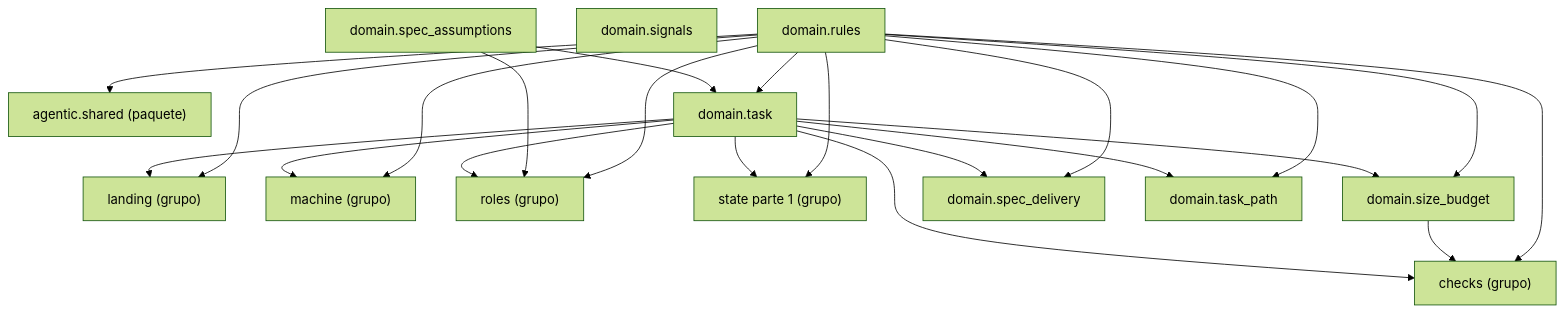
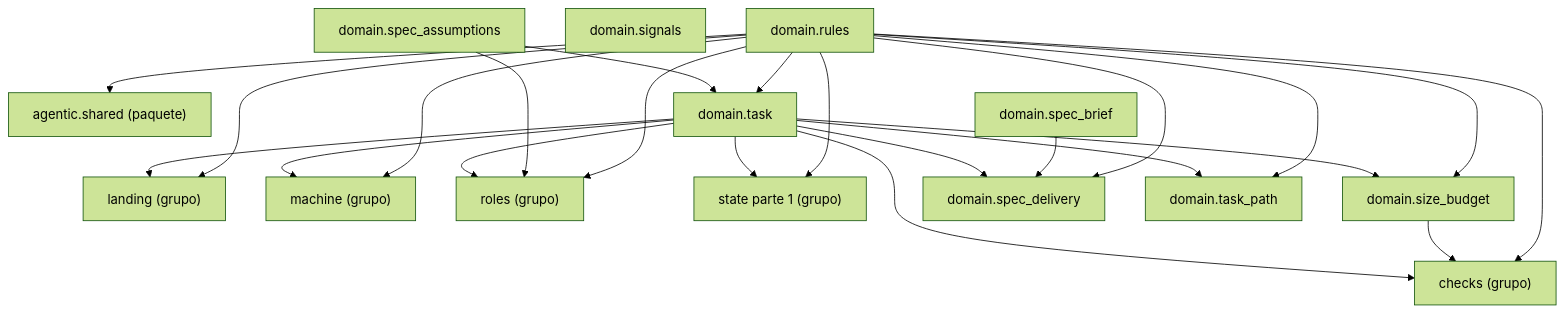
Before and after one commit to GonzaloZevallos/agentic-system: the diagram in docs/architecture/generated/packages-process-domain-state-2.md, drawn with Mermaid (forest theme). The commit also changed 1 other file, not shown here.

Commit message:
Place spec_brief in the state cluster and regenerate the architecture page

````diff
--- a/docs/architecture/generated/packages-process-domain-state-2.md
+++ b/docs/architecture/generated/packages-process-domain-state-2.md
@@ -12,37 +12,39 @@
 ```mermaid
 graph TD
     g_domain__checks["checks (grupo)"]
     g_domain__landing["landing (grupo)"]
     g_domain__machine["machine (grupo)"]
     g_domain__roles["roles (grupo)"]
     g_domain__state__1["state parte 1 (grupo)"]
     g_pkg__agentic__shared["agentic.shared (paquete)"]
     m_domain__rules["domain.rules"]
     m_domain__signals["domain.signals"]
     m_domain__size_budget["domain.size_budget"]
     m_domain__spec_assumptions["domain.spec_assumptions"]
+    m_domain__spec_brief["domain.spec_brief"]
     m_domain__spec_delivery["domain.spec_delivery"]
     m_domain__task["domain.task"]
     m_domain__task_path["domain.task_path"]
     m_domain__rules --> g_domain__checks
     m_domain__rules --> g_domain__landing
     m_domain__rules --> g_domain__machine
     m_domain__rules --> g_domain__roles
     m_domain__rules --> g_domain__state__1
     m_domain__rules --> g_pkg__agentic__shared
     m_domain__rules --> m_domain__size_budget
     m_domain__rules --> m_domain__spec_delivery
     m_domain__rules --> m_domain__task
     m_domain__rules --> m_domain__task_path
     m_domain__size_budget --> g_domain__checks
     m_domain__spec_assumptions --> g_domain__roles
     m_domain__spec_assumptions --> m_domain__task
+    m_domain__spec_brief --> m_domain__spec_delivery
     m_domain__task --> g_domain__checks
     m_domain__task --> g_domain__landing
     m_domain__task --> g_domain__machine
     m_domain__task --> g_domain__roles
     m_domain__task --> g_domain__state__1
     m_domain__task --> m_domain__size_budget
     m_domain__task --> m_domain__spec_delivery
     m_domain__task --> m_domain__task_path
 ```
````
